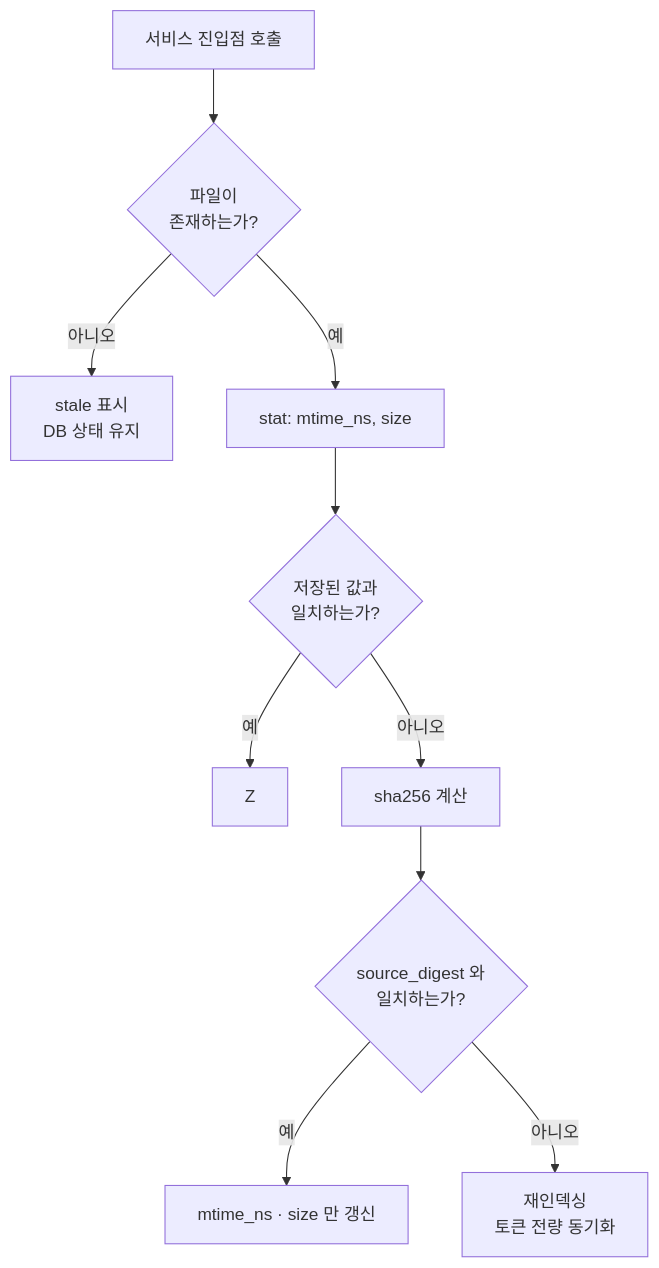
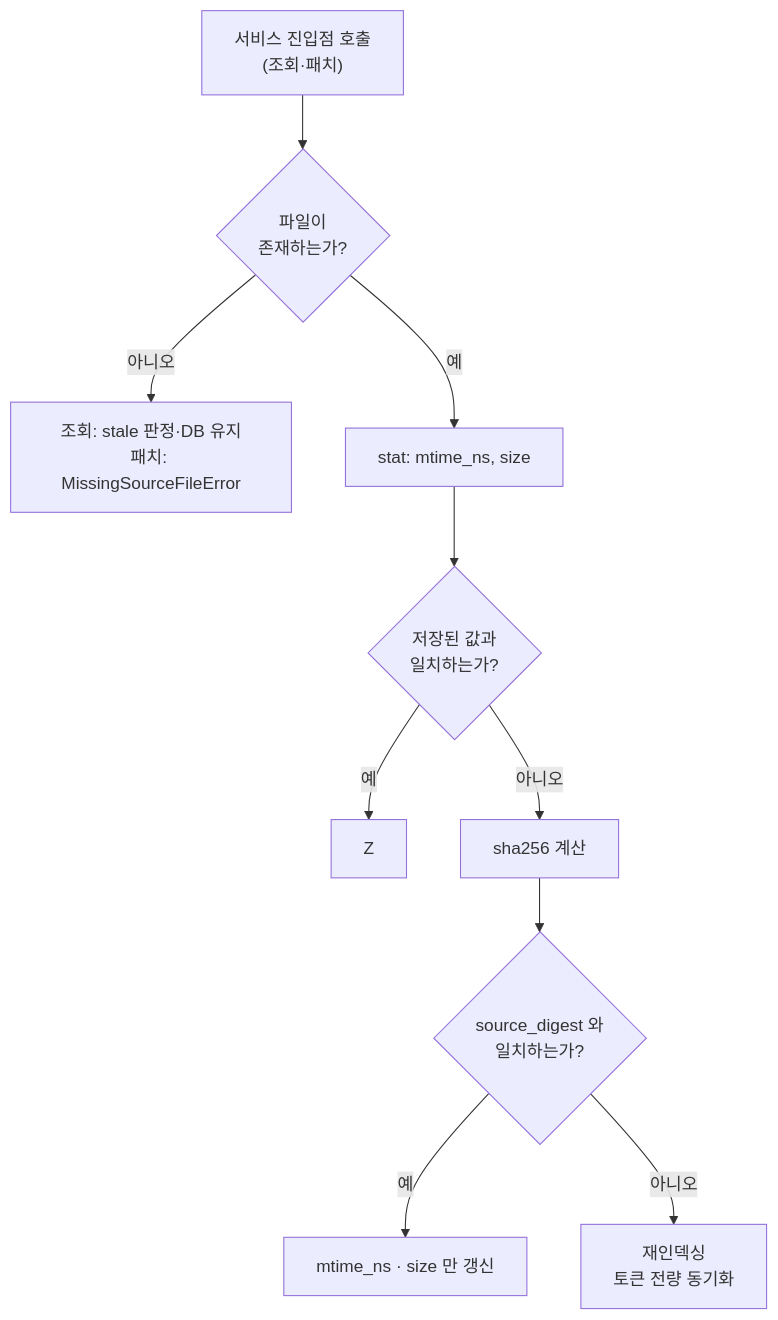
One commit to JongSeonKim/protokflow changed the second of 2 diagrams in docs/plans/2026-08-24-1252-feat-designmd-storage-layer-plan.md. Above: the diagram before and after it, drawn with Mermaid. The commit also changed other lines of this file and 1 other file, not shown here.

````diff
--- a/docs/plans/2026-08-24-1252-feat-designmd-storage-layer-plan.md
+++ b/docs/plans/2026-08-24-1252-feat-designmd-storage-layer-plan.md
@@ -196,12 +197,12 @@
 ```mermaid
 flowchart TD
-    A["서비스 진입점 호출"] --> C{"파일이<br/>존재하는가?"}
-    C -->|아니오| Y["stale 표시<br/>DB 상태 유지"]
+    A["서비스 진입점 호출<br/>(조회·패치)"] --> C{"파일이<br/>존재하는가?"}
+    C -->|아니오| Y["조회: stale 판정·DB 유지<br/>패치: MissingSourceFileError"]
     C -->|예| D["stat: mtime_ns, size"]
     D --> E{"저장된 값과<br/>일치하는가?"}
     E -->|예| Z
     E -->|아니오| F["sha256 계산"]
     F --> G{"source_digest 와<br/>일치하는가?"}
     G -->|예| H["mtime_ns · size 만 갱신"]
     G -->|아니오| I["재인덱싱<br/>토큰 전량 동기화"]
 ```
````
